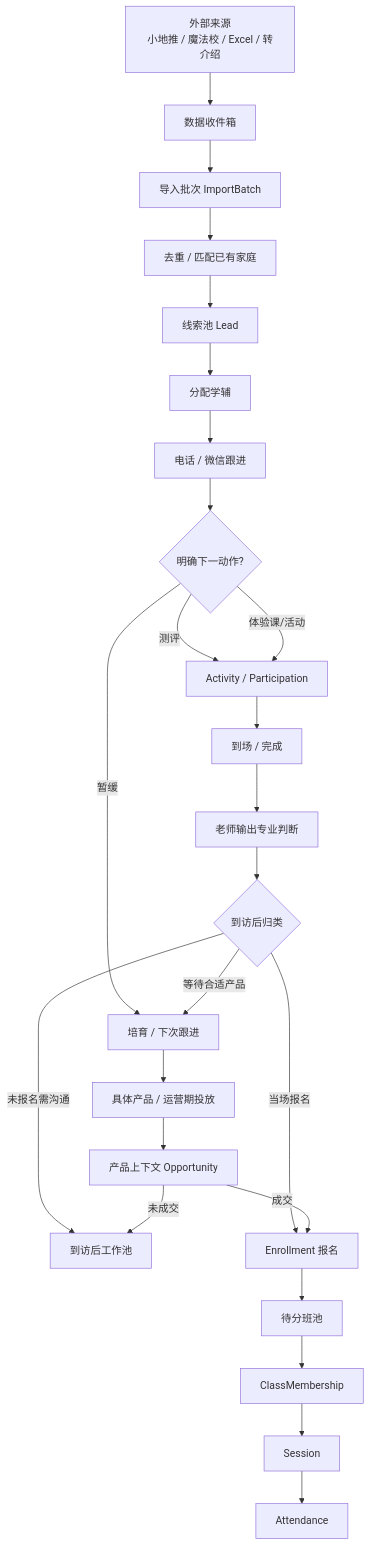
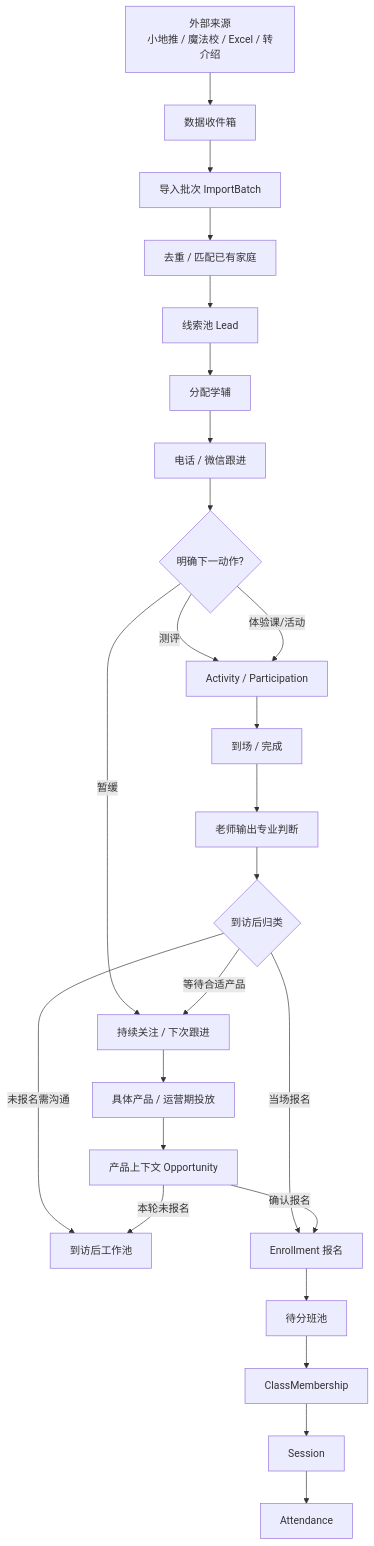
The diagram in docs/plan/30-mathin_school_ops_architecture_plan.md (swingislee/mathin), drawn with Mermaid before and after one commit. The commit also changed other lines of this file and 5 other files, not shown here.

````diff
--- a/docs/plan/30-mathin_school_ops_architecture_plan.md
+++ b/docs/plan/30-mathin_school_ops_architecture_plan.md
@@ -468,27 +468,27 @@
 ```mermaid
 flowchart TD
     A[外部来源\n小地推 / 魔法校 / Excel / 转介绍] --> B[数据收件箱]
     B --> C[导入批次 ImportBatch]
     C --> D[去重 / 匹配已有家庭]
     D --> E[线索池 Lead]
     E --> F[分配学辅]
     F --> G[电话 / 微信跟进]
     G --> H{明确下一动作?}
     H -->|测评| I[Activity / Participation]
     H -->|体验课/活动| I
-    H -->|暂缓| J[培育 / 下次跟进]
+    H -->|暂缓| J[持续关注 / 下次跟进]
     I --> K[到场 / 完成]
     K --> L[老师输出专业判断]
     L --> M{到访后归类}
     M -->|未报名需沟通| O[到访后工作池]
     M -->|等待合适产品| J
     M -->|当场报名| P[Enrollment 报名]
     J --> U[具体产品 / 运营期投放]
     U --> V[产品上下文 Opportunity]
-    V -->|成交| P
-    V -->|未成交| O
+    V -->|确认报名| P
+    V -->|本轮未报名| O
     P --> Q[待分班池]
     Q --> R[ClassMembership]
     R --> S[Session]
     S --> T[Attendance]
 ```
````
